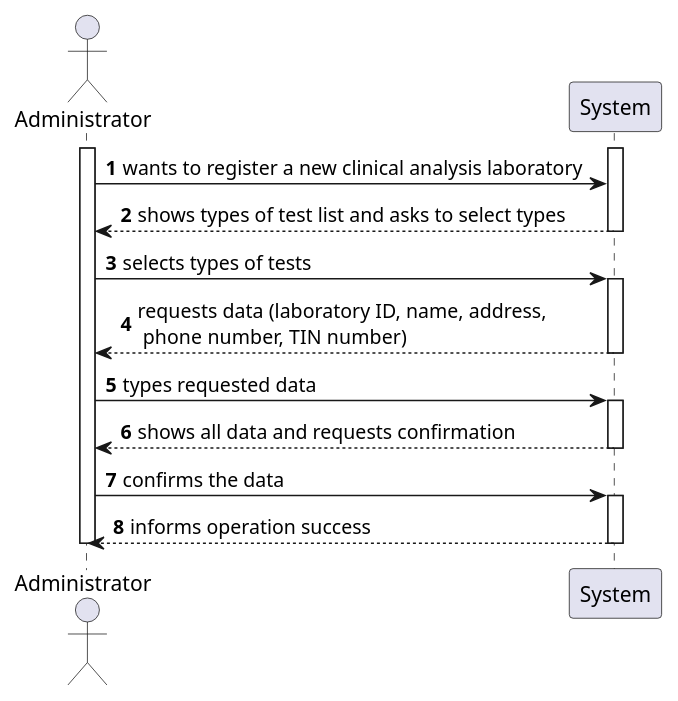
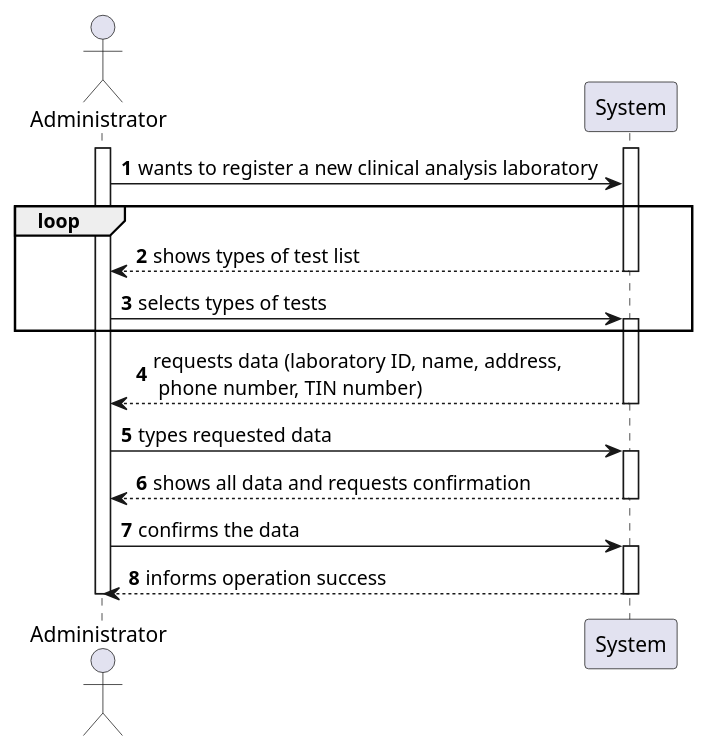
Before and after one commit to MarianaCLages/LAPR2: the diagram in docs/SprintB/US08/US8_SSD_v2.puml, drawn with PlantUML. The commit also changed 9 other files, not shown here.

```diff
--- a/docs/SprintB/US08/US8_SSD_v2.puml
+++ b/docs/SprintB/US08/US8_SSD_v2.puml
@@ -1,23 +1,25 @@
 @startuml
 autonumber
 actor Administrator as A
 participant "System" as S
 activate A
 activate S
 A -> S: wants to register a new clinical analysis laboratory
-S --> A: shows types of test list and asks to select types
+loop
+S --> A: shows types of test list
 deactivate S
 A -> S: selects types of tests
 activate S
+end
 S --> A: requests data (laboratory ID, name, address,\n phone number, TIN number)
 deactivate S
 A -> S: types requested data
 activate S
 S --> A: shows all data and requests confirmation
 deactivate S
 A -> S: confirms the data
 activate S
 S --> A: informs operation success
 deactivate S
 deactivate A
 @enduml
```
